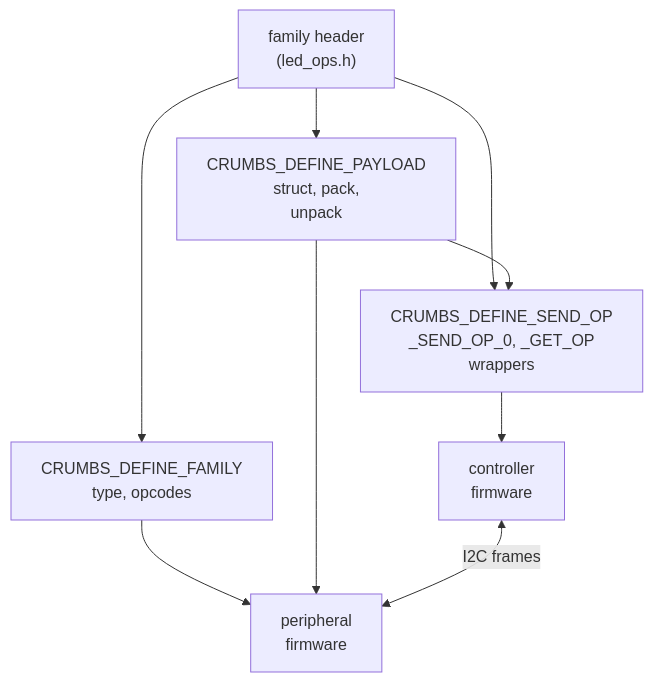
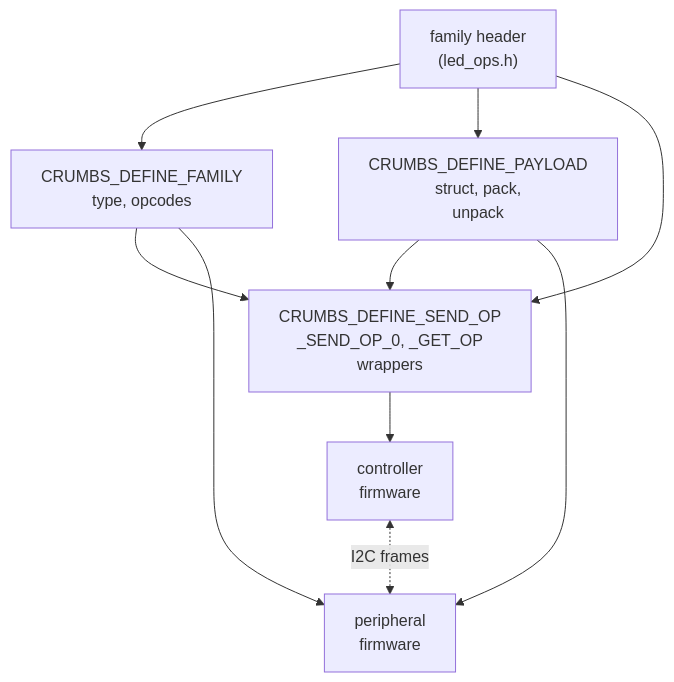
One commit to feastorg/CRUMBS changed the fifth of 5 diagrams in docs/architecture.md. Above: the diagram before and after it, drawn with Mermaid. The commit also changed other lines of this file and 2 other files, not shown here.

````diff
--- a/docs/architecture.md
+++ b/docs/architecture.md
@@ -222,12 +217,13 @@
 ```mermaid
 flowchart TD
     H["family header<br/>(led_ops.h)"]
     H --> F["CRUMBS_DEFINE_FAMILY<br/>type, opcodes"]
     H --> PL["CRUMBS_DEFINE_PAYLOAD<br/>struct, pack,<br/>unpack"]
     H --> W["CRUMBS_DEFINE_SEND_OP<br/>_SEND_OP_0, _GET_OP<br/>wrappers"]
+    F --> W
     PL --> W
     W --> CTRL["controller<br/>firmware"]
     F --> PER["peripheral<br/>firmware"]
     PL --> PER
-    CTRL <-->|"I2C frames"| PER
+    CTRL <-. "I2C frames" .-> PER
 ```
````
